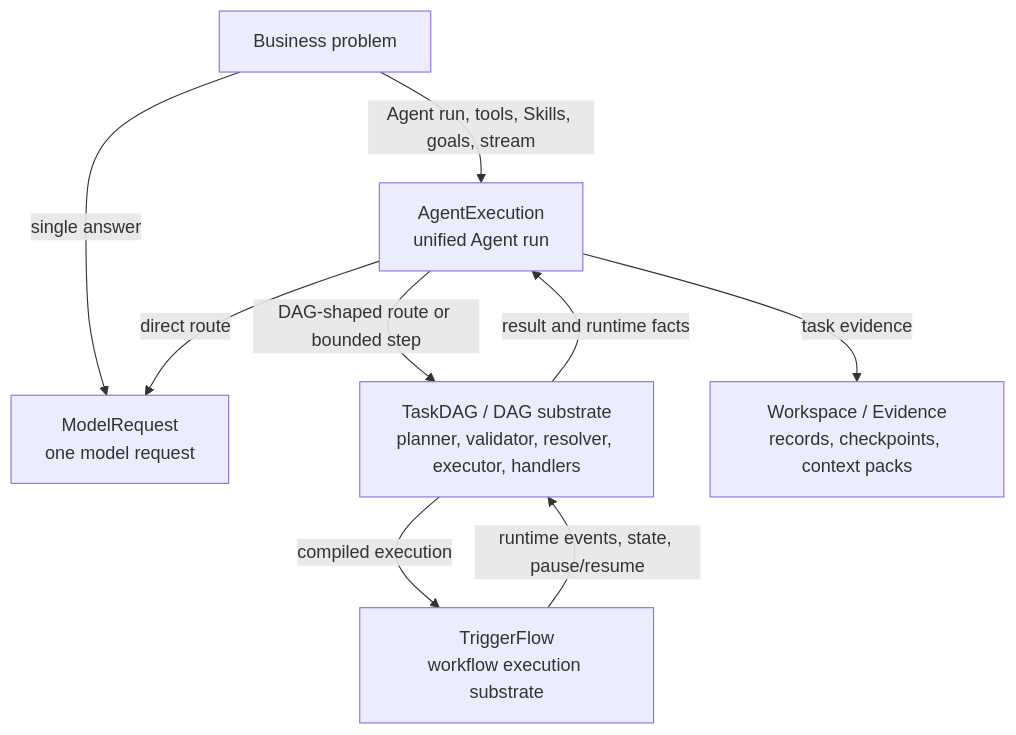
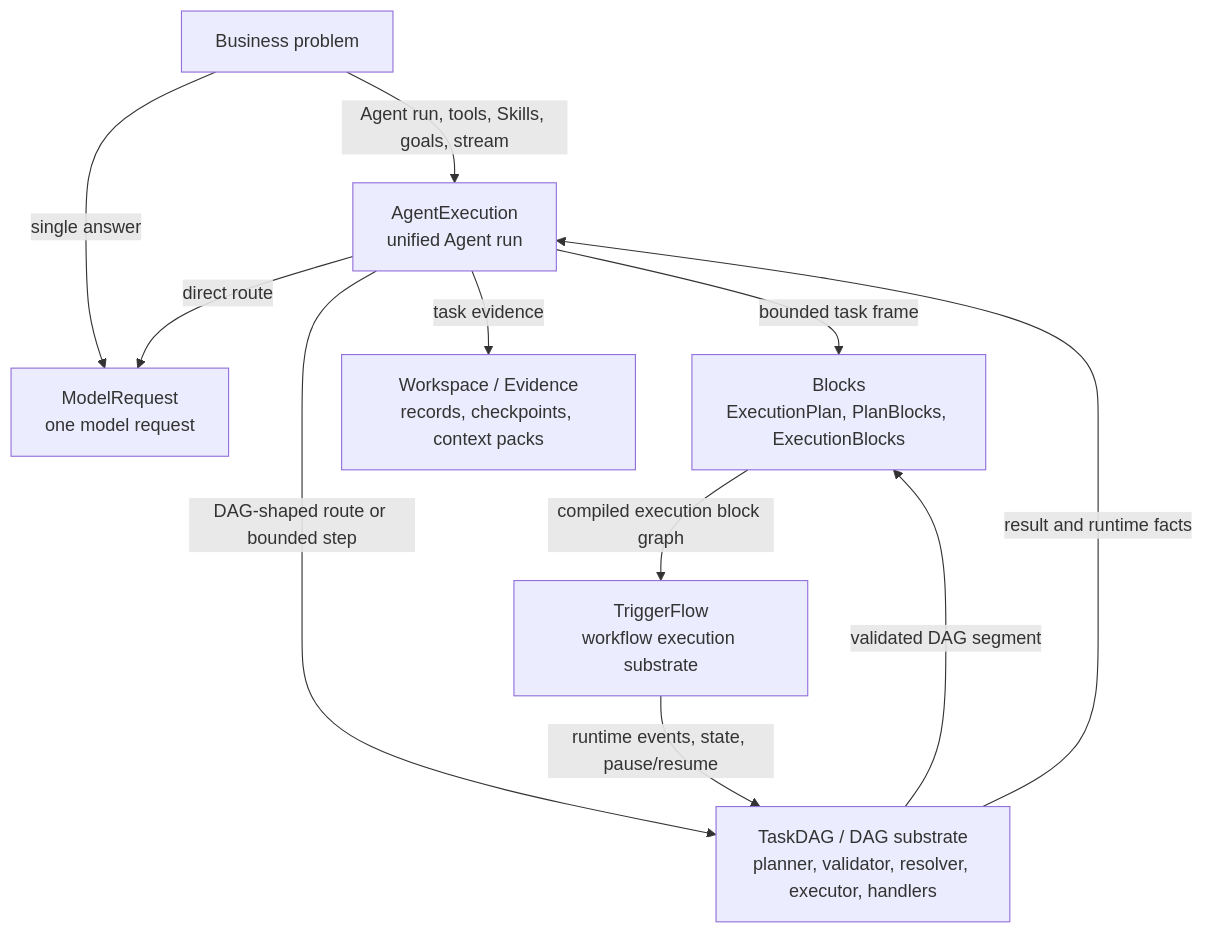
One commit to reconsumeralization/Agently changed the first of 2 diagrams in docs/en/reference/execution-layer-selection.md. Above: the diagram before and after it, drawn with Mermaid. The commit also changed other lines of this file and 12 other files, not shown here.

Commit message:
docs: document lifecycle block execution

````diff
--- a/docs/en/reference/execution-layer-selection.md
+++ b/docs/en/reference/execution-layer-selection.md
@@ -18,18 +18,21 @@
 ```mermaid
 flowchart TD
     business["Business problem"]
     model_request["ModelRequest\none model request"]
     agent_execution["AgentExecution\nunified Agent run"]
     task_dag["TaskDAG / DAG substrate\nplanner, validator, resolver, executor, handlers"]
+    blocks["Blocks\nExecutionPlan, PlanBlocks, ExecutionBlocks"]
     triggerflow["TriggerFlow\nworkflow execution substrate"]
     workspace["Workspace / Evidence\nrecords, checkpoints, context packs"]
 
     business -->|"single answer"| model_request
     business -->|"Agent run, tools, Skills, goals, stream"| agent_execution
     agent_execution -->|"direct route"| model_request
+    agent_execution -->|"bounded task frame"| blocks
     agent_execution -->|"DAG-shaped route or bounded step"| task_dag
-    task_dag -->|"compiled execution"| triggerflow
+    task_dag -->|"validated DAG segment"| blocks
+    blocks -->|"compiled execution block graph"| triggerflow
     agent_execution -->|"task evidence"| workspace
     task_dag -->|"result and runtime facts"| agent_execution
     triggerflow -->|"runtime events, state, pause/resume"| task_dag
 ```
````
